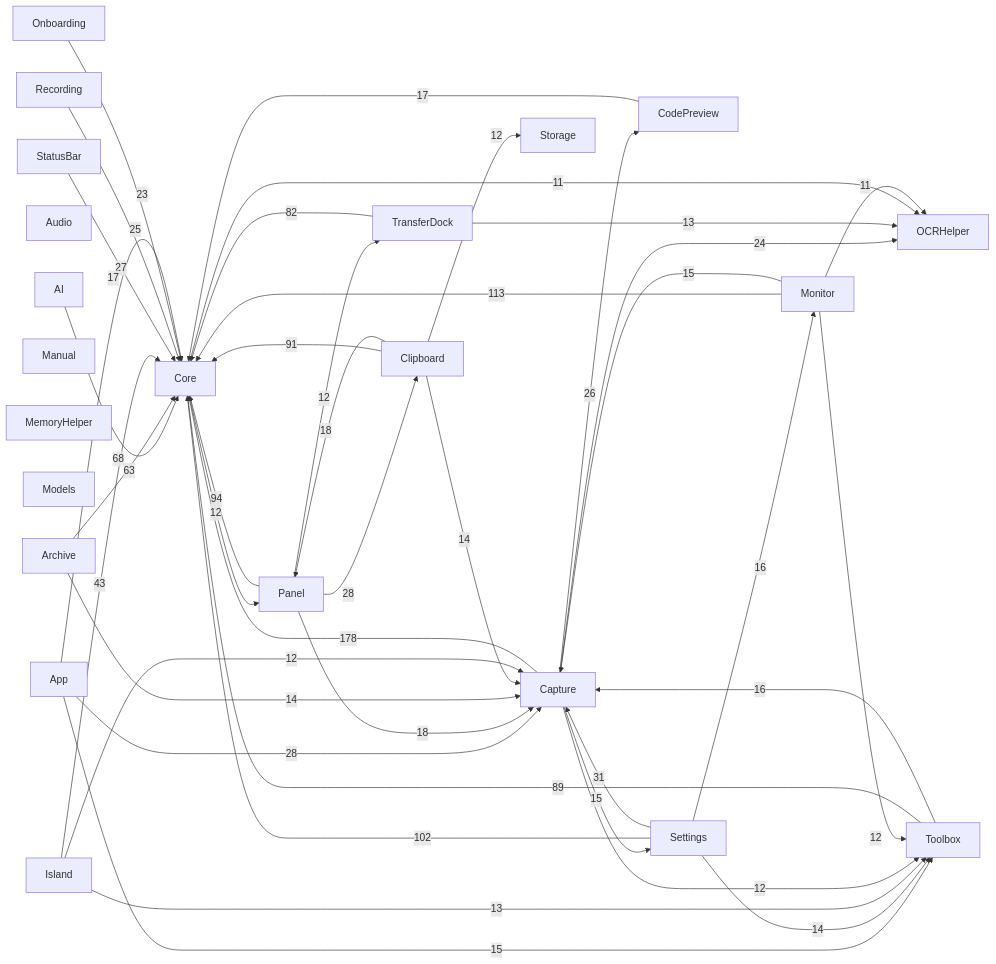
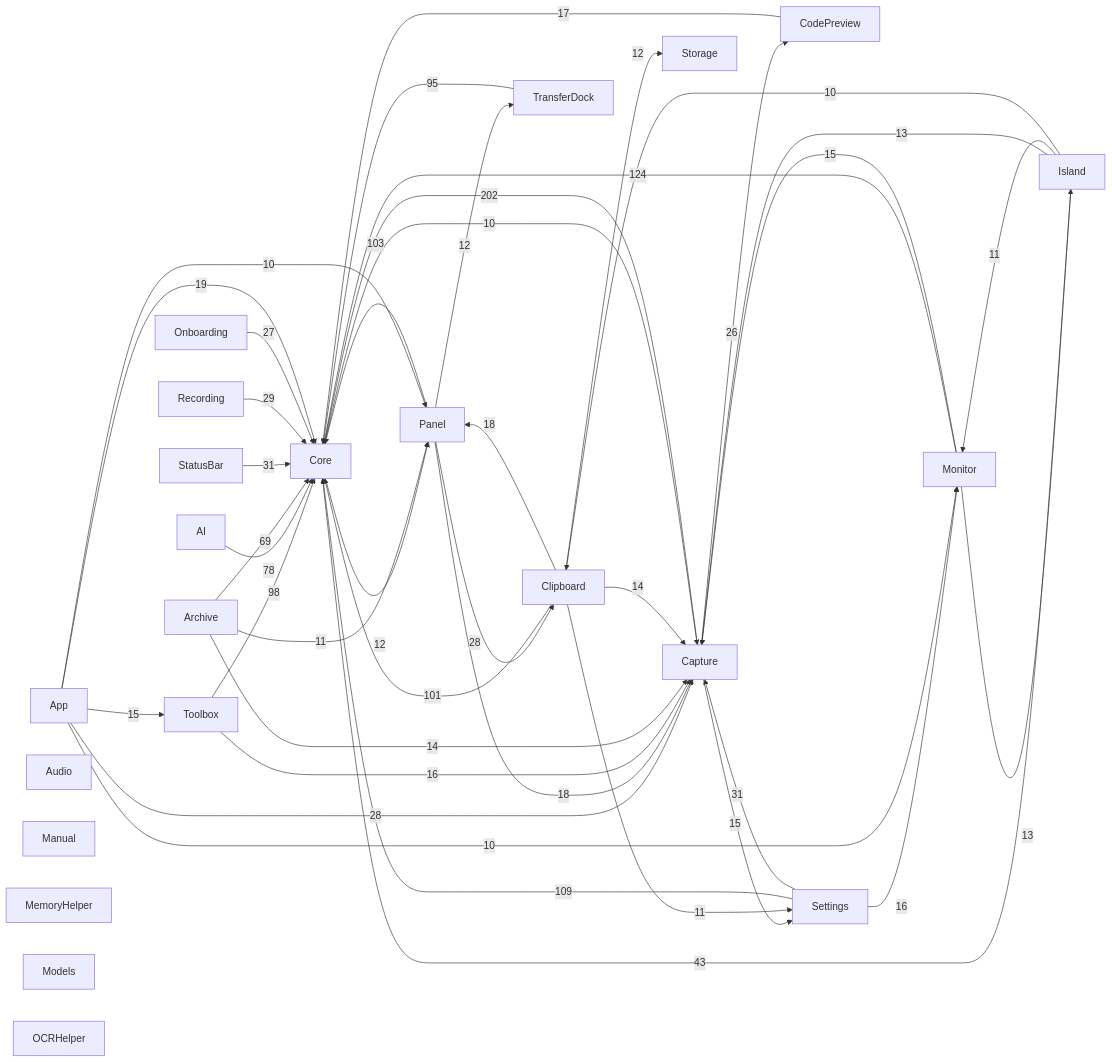
Before and after one commit to sxyq/Kitnest: the diagram in docs/00-总览/模块依赖图.md, drawn with Mermaid. The commit also changed other lines of this file and 11 other files, not shown here.

````diff
--- a/docs/00-总览/模块依赖图.md
+++ b/docs/00-总览/模块依赖图.md
@@ -36,65 +36,65 @@
 ```mermaid
 flowchart LR
   M0["AI"]
   M1["App"]
   M2["Archive"]
   M3["Audio"]
   M4["Capture"]
   M5["Clipboard"]
   M6["CodePreview"]
   M7["Core"]
   M8["Island"]
   M9["Manual"]
   M10["MemoryHelper"]
   M11["Models"]
   M12["Monitor"]
   M13["OCRHelper"]
   M14["Onboarding"]
   M15["Panel"]
   M16["Recording"]
   M17["Settings"]
   M18["StatusBar"]
   M19["Storage"]
   M20["Toolbox"]
   M21["TransferDock"]
-  M4 -->|178| M7
-  M12 -->|113| M7
-  M17 -->|102| M7
-  M15 -->|94| M7
-  M5 -->|91| M7
-  M20 -->|89| M7
-  M21 -->|82| M7
-  M0 -->|68| M7
-  M2 -->|63| M7
+  M4 -->|202| M7
+  M12 -->|124| M7
+  M17 -->|109| M7
+  M15 -->|103| M7
+  M5 -->|101| M7
+  M20 -->|98| M7
+  M21 -->|95| M7
+  M0 -->|78| M7
+  M2 -->|69| M7
   M8 -->|43| M7
   M17 -->|31| M4
+  M18 -->|31| M7
+  M16 -->|29| M7
   M1 -->|28| M4
   M15 -->|28| M5
-  M18 -->|27| M7
+  M14 -->|27| M7
   M4 -->|26| M6
-  M16 -->|25| M7
-  M4 -->|24| M13
-  M14 -->|23| M7
+  M1 -->|19| M7
+  M5 -->|18| M15
   M15 -->|18| M4
-  M5 -->|18| M15
-  M1 -->|17| M7
   M6 -->|17| M7
   M17 -->|16| M12
   M20 -->|16| M4
   M1 -->|15| M20
   M4 -->|15| M17
   M12 -->|15| M4
-  M17 -->|14| M20
   M2 -->|14| M4
   M5 -->|14| M4
-  M8 -->|13| M20
-  M21 -->|13| M13
+  M8 -->|13| M4
+  M12 -->|13| M8
   M7 -->|12| M15
-  M4 -->|12| M20
-  M12 -->|12| M20
+  M5 -->|12| M19
   M15 -->|12| M21
-  M8 -->|12| M4
-  M5 -->|12| M19
-  M7 -->|11| M13
-  M12 -->|11| M13
+  M2 -->|11| M15
+  M5 -->|11| M17
+  M8 -->|11| M12
+  M1 -->|10| M15
+  M1 -->|10| M12
+  M7 -->|10| M4
+  M8 -->|10| M5
 ```
````
